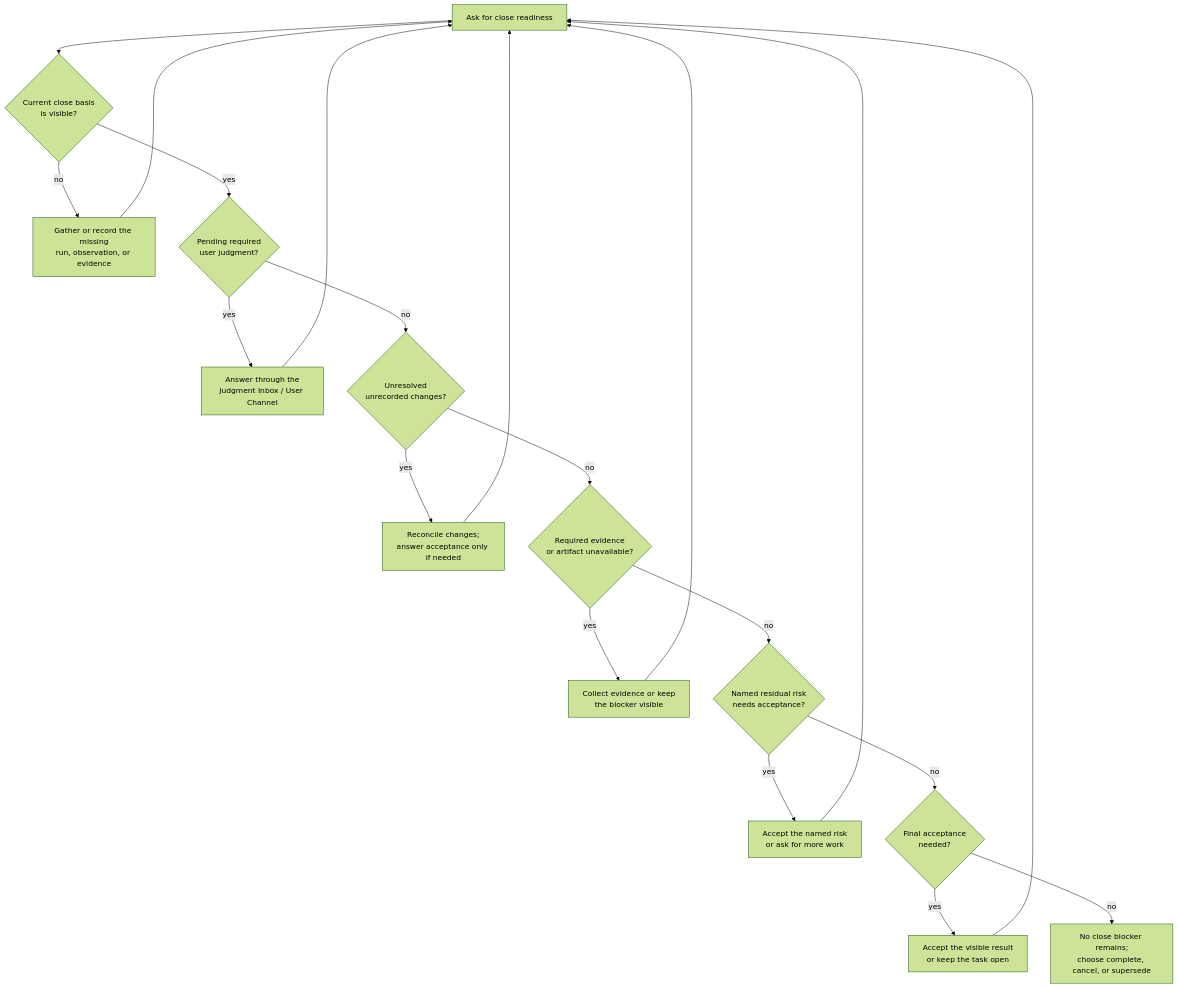
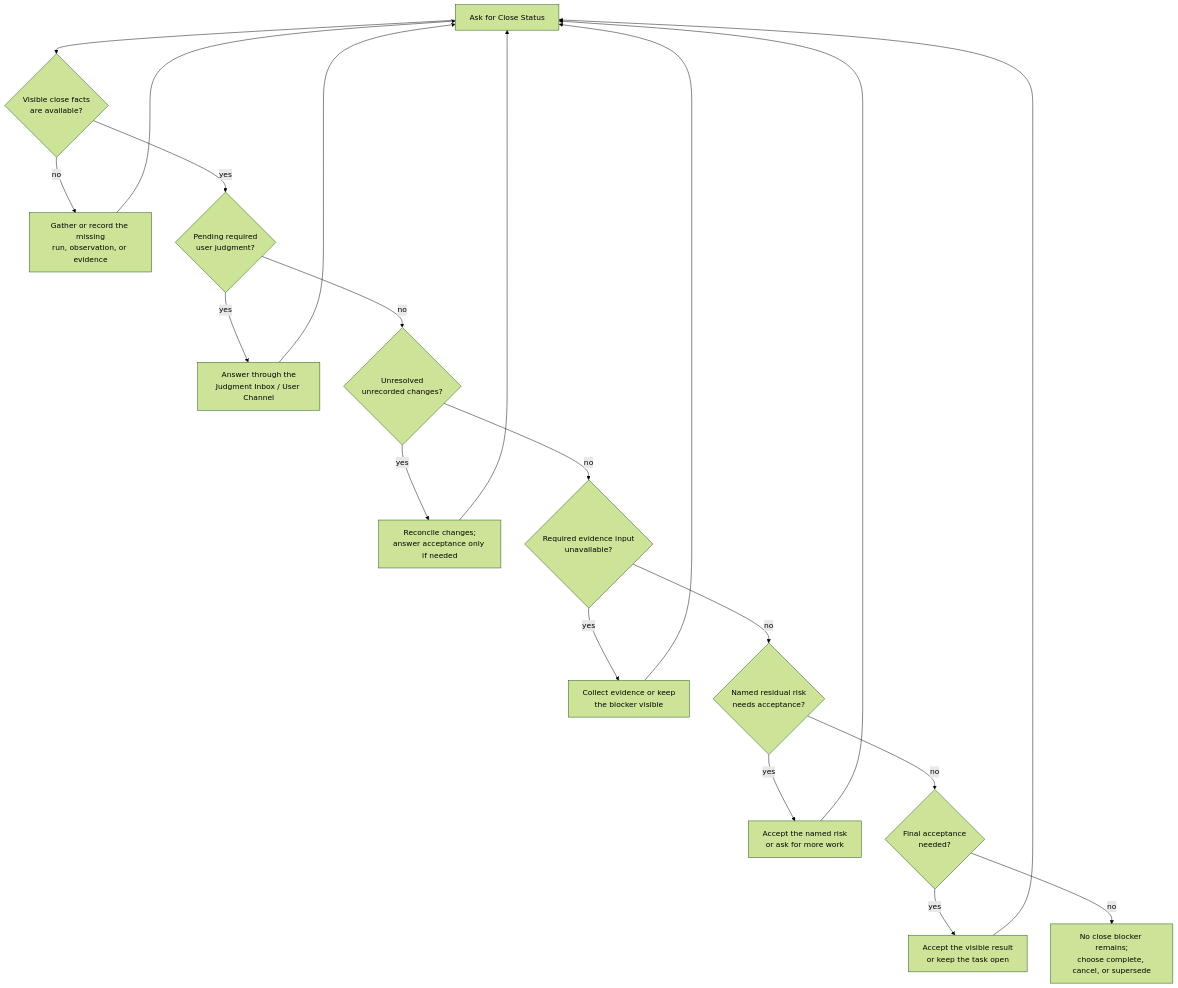
Before and after one commit to minjungw00/Volicord: the third of 3 diagrams in docs/en/guides/user-workflow.md, drawn with Mermaid (forest theme). The commit also changed other lines of this file and 65 other files, not shown here.

````diff
--- a/docs/en/guides/user-workflow.md
+++ b/docs/en/guides/user-workflow.md
@@ -273,32 +274,32 @@
 ```mermaid
 flowchart TD
-  ask["Ask for close readiness"]
-  basis{"Current close basis<br/>is visible?"}
+  ask["Ask for Close Status"]
+  basis{"Visible close facts<br/>are available?"}
   gather["Gather or record the missing<br/>run, observation, or evidence"]
   pending{"Pending required<br/>user judgment?"}
   inbox["Answer through the<br/>Judgment Inbox / User Channel"]
   unrecorded{"Unresolved<br/>unrecorded changes?"}
   reconcile["Reconcile changes;<br/>answer acceptance only if needed"]
-  evidence{"Required evidence<br/>or artifact unavailable?"}
+  evidence{"Required evidence input<br/>unavailable?"}
   evidenceAction["Collect evidence or keep<br/>the blocker visible"]
   risk{"Named residual risk<br/>needs acceptance?"}
   riskDecision["Accept the named risk<br/>or ask for more work"]
   final{"Final acceptance<br/>needed?"}
   accept["Accept the visible result<br/>or keep the task open"]
   ready["No close blocker remains;<br/>choose complete, cancel, or supersede"]
 
   ask --> basis
   basis -- no --> gather
   basis -- yes --> pending
   gather --> ask
   pending -- yes --> inbox --> ask
   pending -- no --> unrecorded
   unrecorded -- yes --> reconcile --> ask
   unrecorded -- no --> evidence
   evidence -- yes --> evidenceAction --> ask
   evidence -- no --> risk
   risk -- yes --> riskDecision --> ask
   risk -- no --> final
   final -- yes --> accept --> ask
   final -- no --> ready
 ```
````
